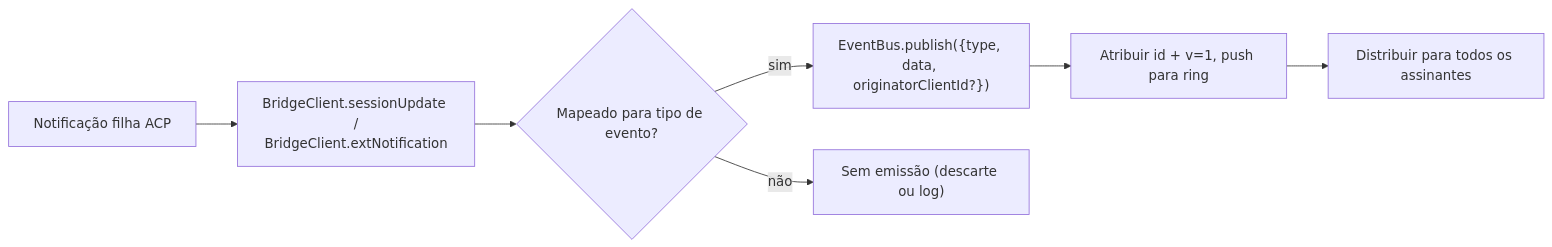
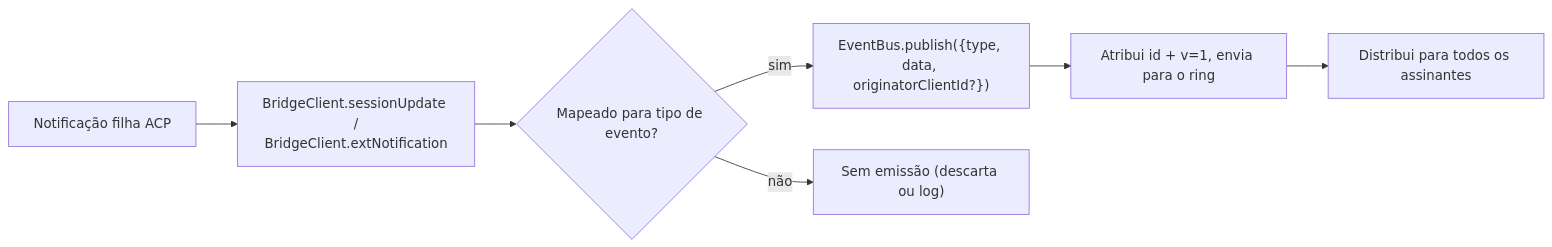
The first of 2 diagrams in website/content/pt-BR/developers/daemon/09-event-schema.md (QwenLM/qwen-code-docs), drawn with Mermaid before and after one commit. The commit also changed other lines of this file and 162 other files, not shown here.

````diff
--- a/website/content/pt-BR/developers/daemon/09-event-schema.md
+++ b/website/content/pt-BR/developers/daemon/09-event-schema.md
@@ -167,9 +181,9 @@
 ```mermaid
 flowchart LR
     A["Notificação filha ACP"] --> B["BridgeClient.sessionUpdate /<br/>BridgeClient.extNotification"]
     B --> C{"Mapeado para tipo de evento?"}
     C -->|sim| D["EventBus.publish({type, data, originatorClientId?})"]
-    C -->|não| E["Sem emissão (descarte ou log)"]
-    D --> F["Atribuir id + v=1, push para ring"]
-    F --> G["Distribuir para todos os assinantes"]
+    C -->|não| E["Sem emissão (descarta ou log)"]
+    D --> F["Atribui id + v=1, envia para o ring"]
+    F --> G["Distribui para todos os assinantes"]
 ```
````
